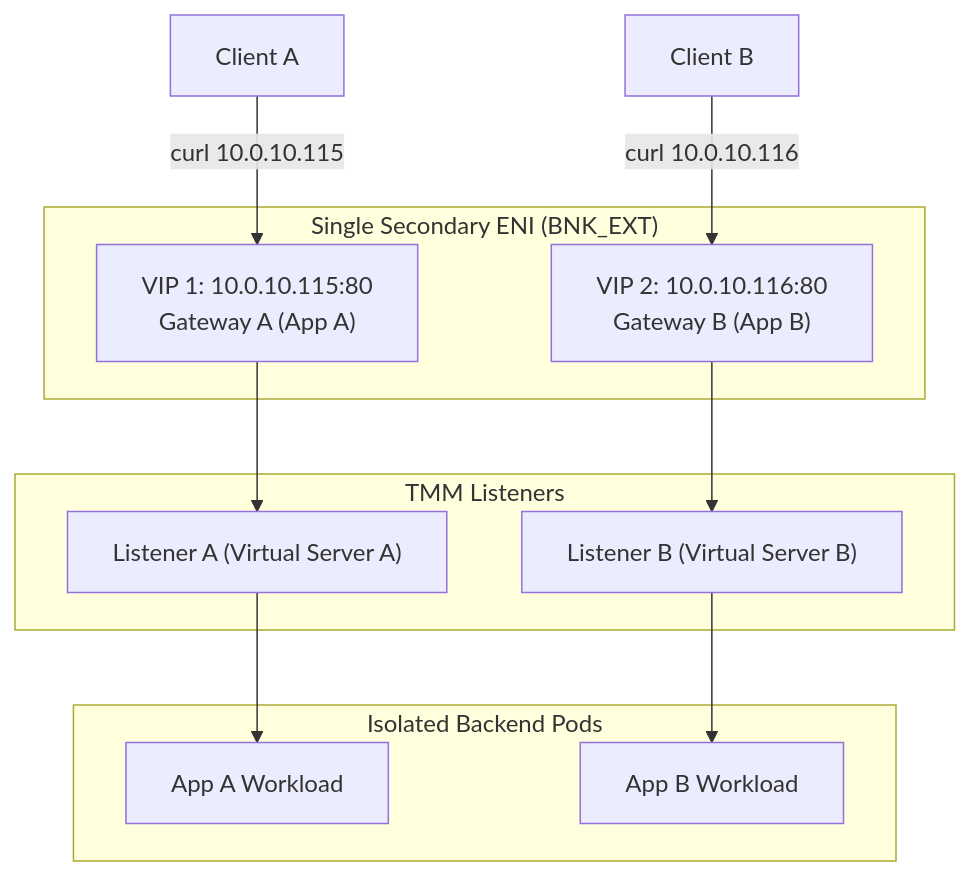
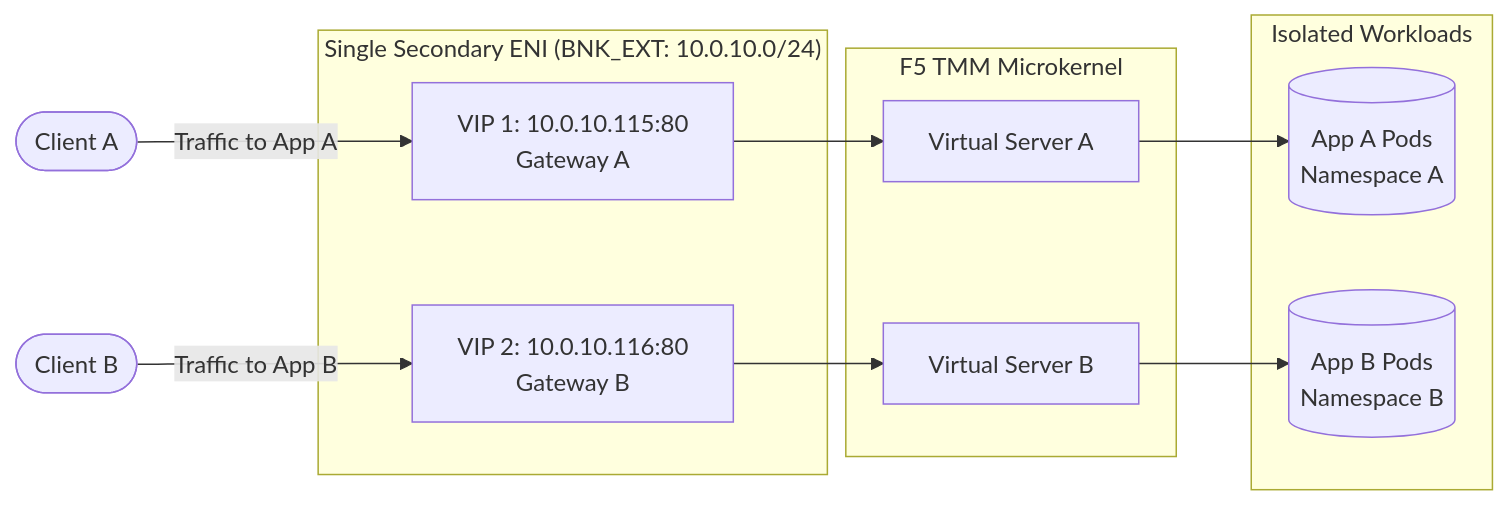
Before and after one commit to JLCode-tech/awsbnkctl: the tenth of 20 diagrams in docs/SCENARIOS.md, drawn with Mermaid. The commit also changed other lines of this file and 2 other files, not shown here.

Commit message:
docs: modernize diagrams and remove sales jargon

````diff
--- a/docs/SCENARIOS.md
+++ b/docs/SCENARIOS.md
@@ -239,20 +290,27 @@
 ```mermaid
-flowchart TD
-    subgraph Network["Single Secondary ENI (BNK_EXT)"]
-        VIP_A["VIP 1: 10.0.10.115:80<br/>Gateway A (App A)"]
-        VIP_B["VIP 2: 10.0.10.116:80<br/>Gateway B (App B)"]
+flowchart LR
+    ClientA([Client A])
+    ClientB([Client B])
+
+    subgraph ENI["Single Secondary ENI (BNK_EXT: 10.0.10.0/24)"]
+        VIP_A["VIP 1: 10.0.10.115:80<br/>Gateway A"]
+        VIP_B["VIP 2: 10.0.10.116:80<br/>Gateway B"]
     end
 
-    subgraph TMM_Listeners["TMM Listeners"]
-        TMM_1["Listener A (Virtual Server A)"]
-        TMM_2["Listener B (Virtual Server B)"]
+    subgraph TMMCore["F5 TMM Microkernel"]
+        VS_A["Virtual Server A"]
+        VS_B["Virtual Server B"]
+        VIP_A --> VS_A
+        VIP_B --> VS_B
     end
 
-    subgraph Apps["Isolated Backend Pods"]
-        PodA["App A Workload"]
-        PodB["App B Workload"]
+    subgraph Workloads["Isolated Workloads"]
+        PodA[("App A Pods<br/>Namespace A")]
+        PodB[("App B Pods<br/>Namespace B")]
+        VS_A --> PodA
+        VS_B --> PodB
     end
 
-    ClientA["Client A"] -->|curl 10.0.10.115| VIP_A --> TMM_1 --> PodA
-    ClientB["Client B"] -->|curl 10.0.10.116| VIP_B --> TMM_2 --> PodB
+    ClientA -->|Traffic to App A| VIP_A
+    ClientB -->|Traffic to App B| VIP_B
 ```
````
